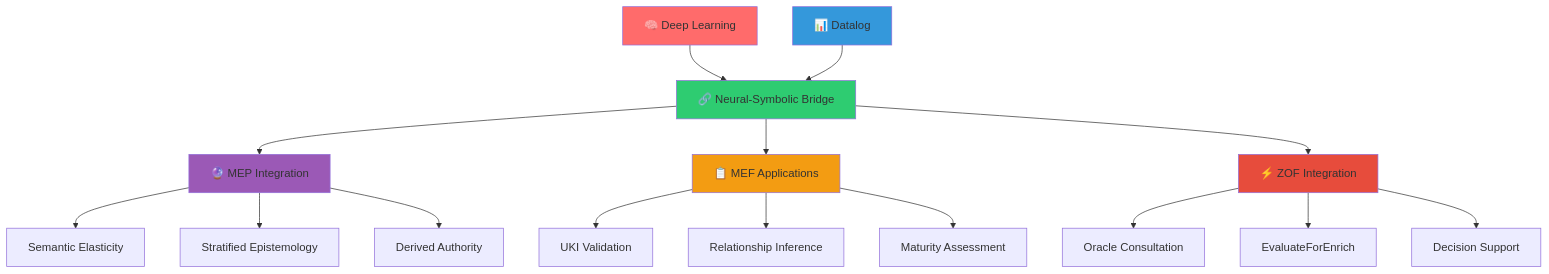
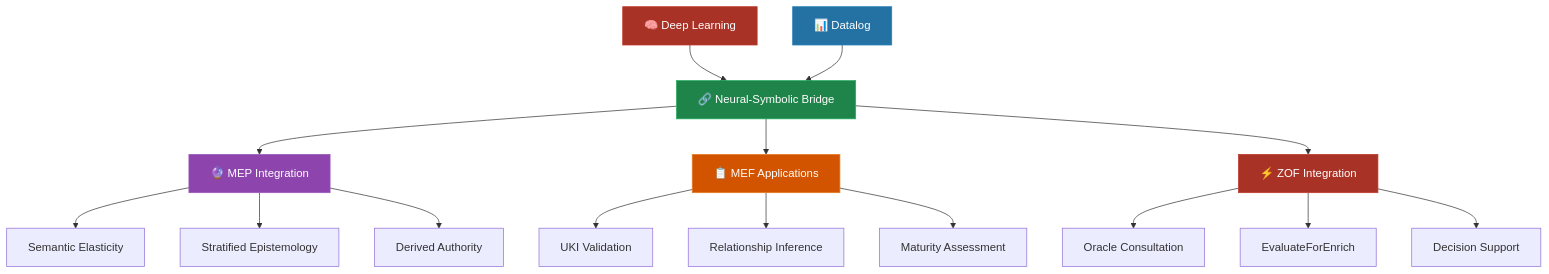
One commit to casheiro/matrix-protocol changed the first of 4 diagrams in content/en/docs/frameworks/inference-reasoning.md. Above: the diagram before and after it, drawn with Mermaid. The commit also changed other lines of this file and 36 other files, not shown here.

````diff
--- a/content/en/docs/frameworks/inference-reasoning.md
+++ b/content/en/docs/frameworks/inference-reasoning.md
@@ -38,27 +38,28 @@
 ```mermaid
 graph TD
     A[🧠 Deep Learning] --> C[🔗 Neural-Symbolic Bridge]
     B[📊 Datalog] --> C
     
     C --> D[🔮 MEP Integration]
     D --> D1[Semantic Elasticity]
     D --> D2[Stratified Epistemology]
     D --> D3[Derived Authority]
     
     C --> E[📋 MEF Applications]
     E --> E1[UKI Validation]
     E --> E2[Relationship Inference]
     E --> E3[Maturity Assessment]
     
     C --> F[⚡ ZOF Integration]
     F --> F1[Oracle Consultation]
     F --> F2[EvaluateForEnrich]
     F --> F3[Decision Support]
     
-    style A fill:#ff6b6b
-    style B fill:#3498db
-    style C fill:#2ecc71
-    style D fill:#9b59b6
-    style E fill:#f39c12
-    style F fill:#e74c3c
+    %% Neural-Datalog Integration - Framework progression
+    style A fill:#A93226,stroke:#C0392B,color:#fff
+    style B fill:#2471A3,stroke:#2980B9,color:#fff
+    style C fill:#1E8449,stroke:#27AE60,color:#fff
+    style D fill:#8E44AD,stroke:#9B59B6,color:#fff
+    style E fill:#D35400,stroke:#E67E22,color:#fff
+    style F fill:#A93226,stroke:#C0392B,color:#fff
 ```
````
